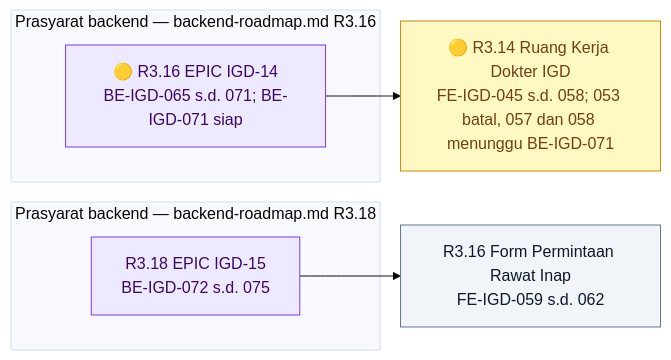
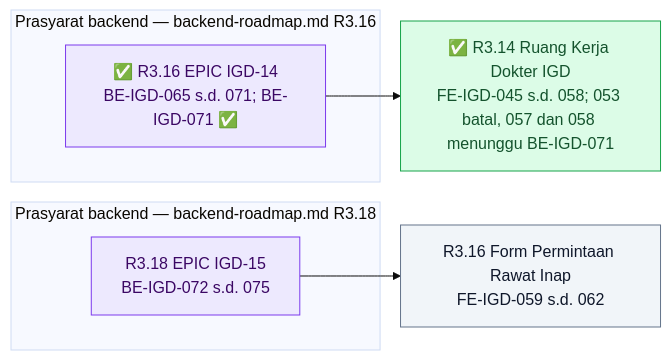
The second of 19 diagrams in docs/module-blueprints/igd/roadmap/frontend-roadmap.md (DevBenari/NewQuilvianSystemBackend), drawn with Mermaid (base theme) before and after one commit. The commit also changed other lines of this file and 6 other files, not shown here.

First line of the commit message:
docs(igd): BE-IGD-071, FE-IGD-057, FE-IGD-058 selesai — MVP-9 DONE

````diff
--- a/docs/module-blueprints/igd/roadmap/frontend-roadmap.md
+++ b/docs/module-blueprints/igd/roadmap/frontend-roadmap.md
@@ -149,23 +149,23 @@
 ```mermaid
 flowchart LR
     classDef selesai fill:#DCFCE7,stroke:#16A34A,color:#14532D
     classDef sebagian fill:#FEF9C3,stroke:#CA8A04,color:#713F12
     classDef terblokir fill:#FEE2E2,stroke:#DC2626,color:#7F1D1D
     classDef belum fill:#F1F5F9,stroke:#64748B,color:#0F172A
     classDef luar fill:#EDE9FE,stroke:#7C3AED,color:#3B0764
 
     subgraph backendB["Prasyarat backend — backend-roadmap.md R3.16"]
-        BR316["🟡 R3.16 EPIC IGD-14<br/>BE-IGD-065 s.d. 071; BE-IGD-071 siap"]:::luar
+        BR316["✅ R3.16 EPIC IGD-14<br/>BE-IGD-065 s.d. 071; BE-IGD-071 ✅"]:::luar
     end
 
-    FDOKTER["🟡 R3.14 Ruang Kerja Dokter IGD<br/>FE-IGD-045 s.d. 058; 053 batal, 057 dan 058 menunggu BE-IGD-071"]:::sebagian
+    FDOKTER["✅ R3.14 Ruang Kerja Dokter IGD<br/>FE-IGD-045 s.d. 058; 053 batal, 057 dan 058 menunggu BE-IGD-071"]:::selesai
 
     subgraph backendC["Prasyarat backend — backend-roadmap.md R3.18"]
         BR318["R3.18 EPIC IGD-15<br/>BE-IGD-072 s.d. 075"]:::luar
     end
 
     FFORM["R3.16 Form Permintaan Rawat Inap<br/>FE-IGD-059 s.d. 062"]:::belum
 
     BR316 --> FDOKTER
     BR318 --> FFORM
 ```
````
